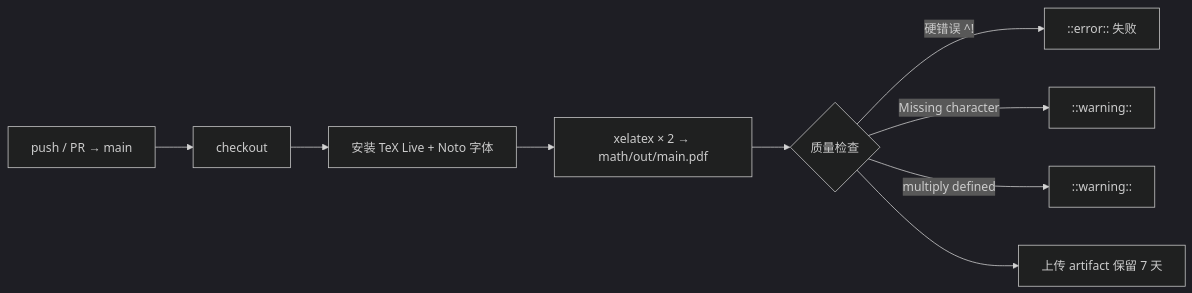
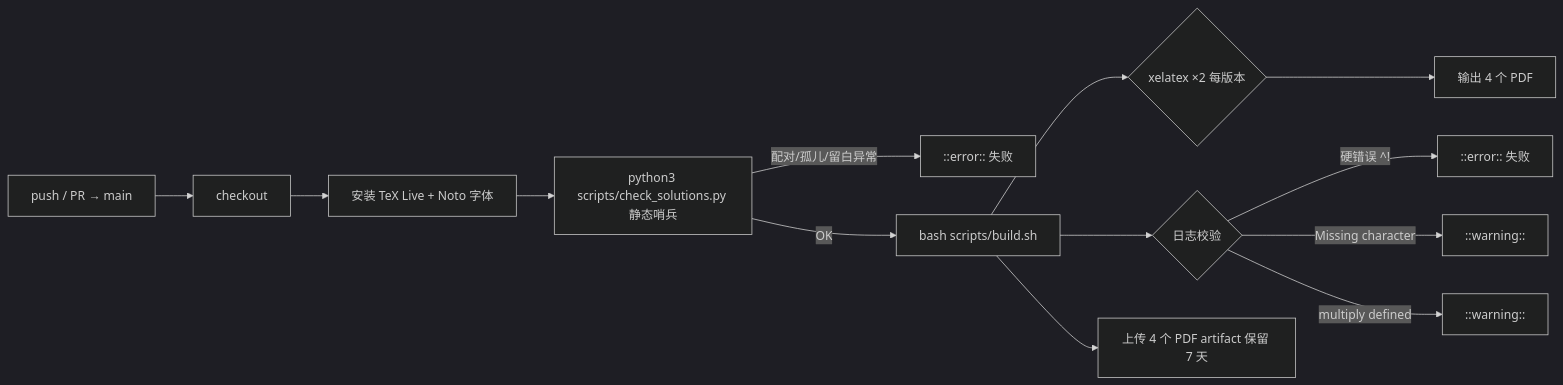
One commit to luoyueyuguang/NEPP_notes changed the diagram in docs/06-build-and-release-guide.md. Above: the diagram before and after it, drawn with Mermaid (dark theme). The commit also changed other lines of this file and 17 other files, not shown here.

````diff
--- a/docs/06-build-and-release-guide.md
+++ b/docs/06-build-and-release-guide.md
@@ -96,11 +111,15 @@
 ```mermaid
 flowchart LR
     A[push / PR → main] --> B[checkout]
     B --> C[安装 TeX Live + Noto 字体]
-    C --> D[xelatex × 2 → math/out/main.pdf]
-    D --> E{质量检查}
-    E -->|硬错误 ^!| F[::error:: 失败]
-    E -->|Missing character| G[::warning::]
-    E -->|multiply defined| H[::warning::]
-    E --> I[上传 artifact 保留 7 天]
+    C --> D[python3 scripts/check_solutions.py 静态哨兵]
+    D -->|配对/孤儿/留白异常| E[::error:: 失败]
+    D -->|OK| F[bash scripts/build.sh]
+    F --> G{xelatex ×2 每版本}
+    G --> H[输出 4 个 PDF]
+    F --> I{日志校验}
+    I -->|硬错误 ^!| J[::error:: 失败]
+    I -->|Missing character| K[::warning::]
+    I -->|multiply defined| L[::warning::]
+    F --> M[上传 4 个 PDF artifact 保留 7 天]
 ```
````
